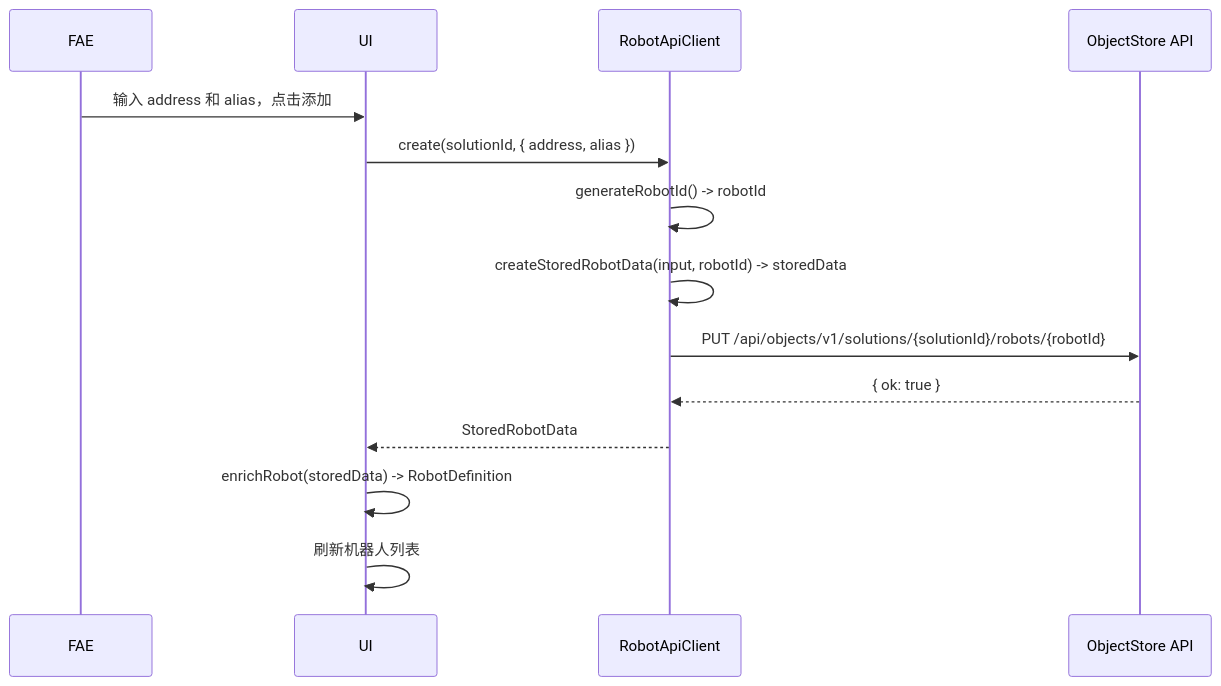
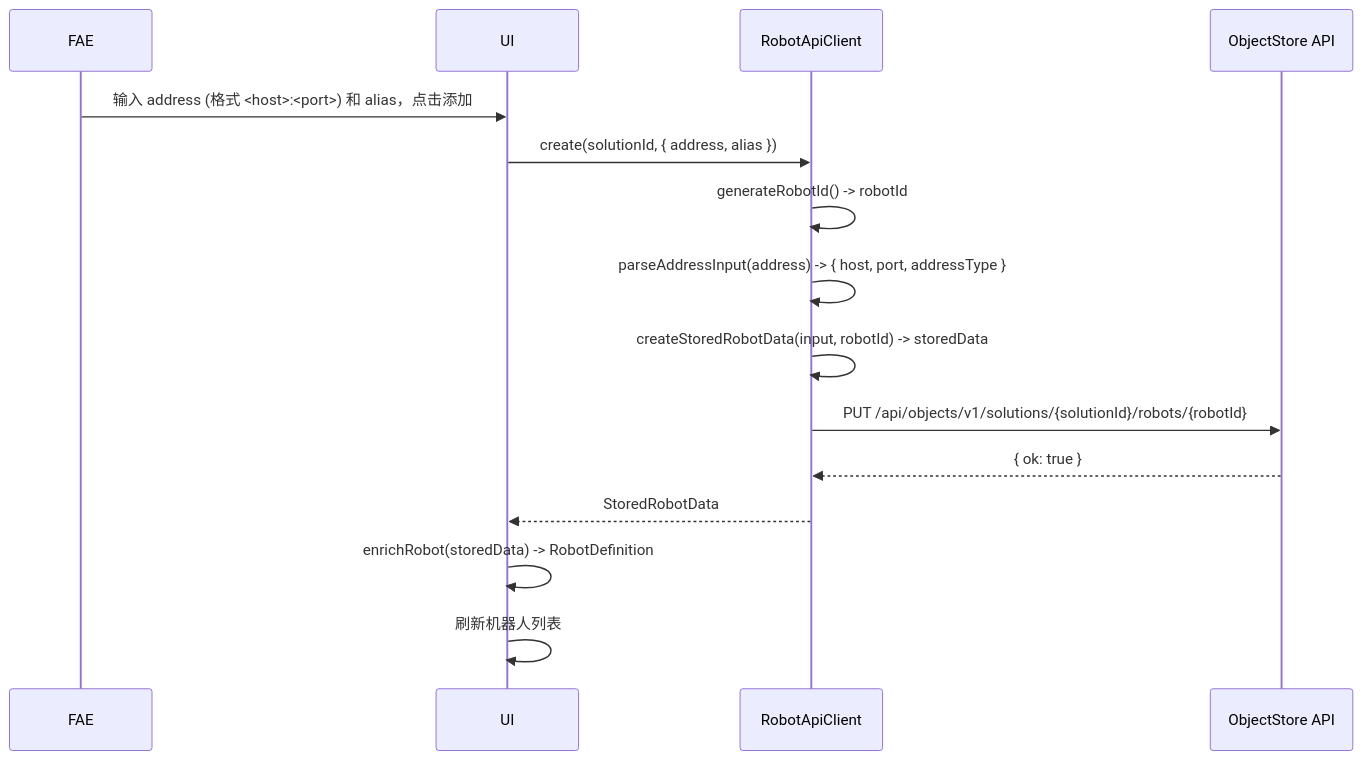
The ninth of 11 diagrams in documents/design/solution_management_design.md (etrita005/syrius-robotops), drawn with Mermaid before and after one commit. The commit also changed other lines of this file and 21 other files, not shown here.

First line of the commit message:
feat: change robot address format to <host>:<port> with port default 22

````diff
--- a/documents/design/solution_management_design.md
+++ b/documents/design/solution_management_design.md
@@ -602,17 +615,18 @@
 ```mermaid
 sequenceDiagram
     participant FAE
     participant UI
     participant RA as RobotApiClient
     participant OS as ObjectStore API
 
-    FAE->>UI: 输入 address 和 alias，点击添加
+    FAE->>UI: 输入 address (格式 <host>:<port>) 和 alias，点击添加
     UI->>RA: create(solutionId, { address, alias })
     RA->>RA: generateRobotId() -> robotId
+    RA->>RA: parseAddressInput(address) -> { host, port, addressType }
     RA->>RA: createStoredRobotData(input, robotId) -> storedData
     RA->>OS: PUT /api/objects/v1/solutions/{solutionId}/robots/{robotId}
     OS-->>RA: { ok: true }
     RA-->>UI: StoredRobotData
     UI->>UI: enrichRobot(storedData) -> RobotDefinition
     UI->>UI: 刷新机器人列表
 ```
````
